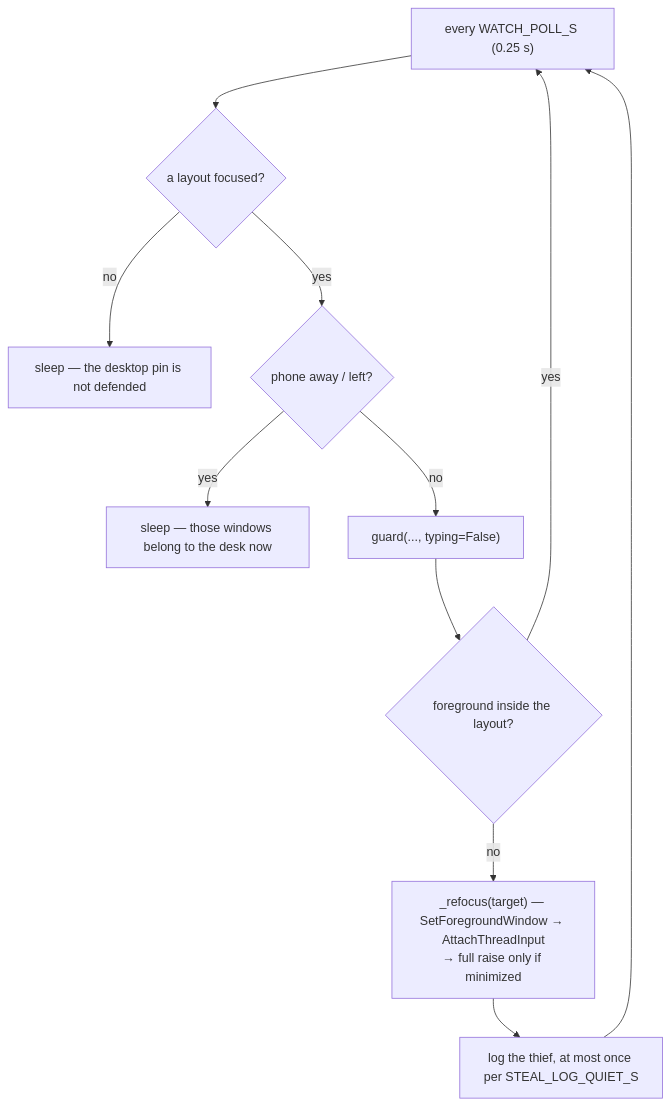
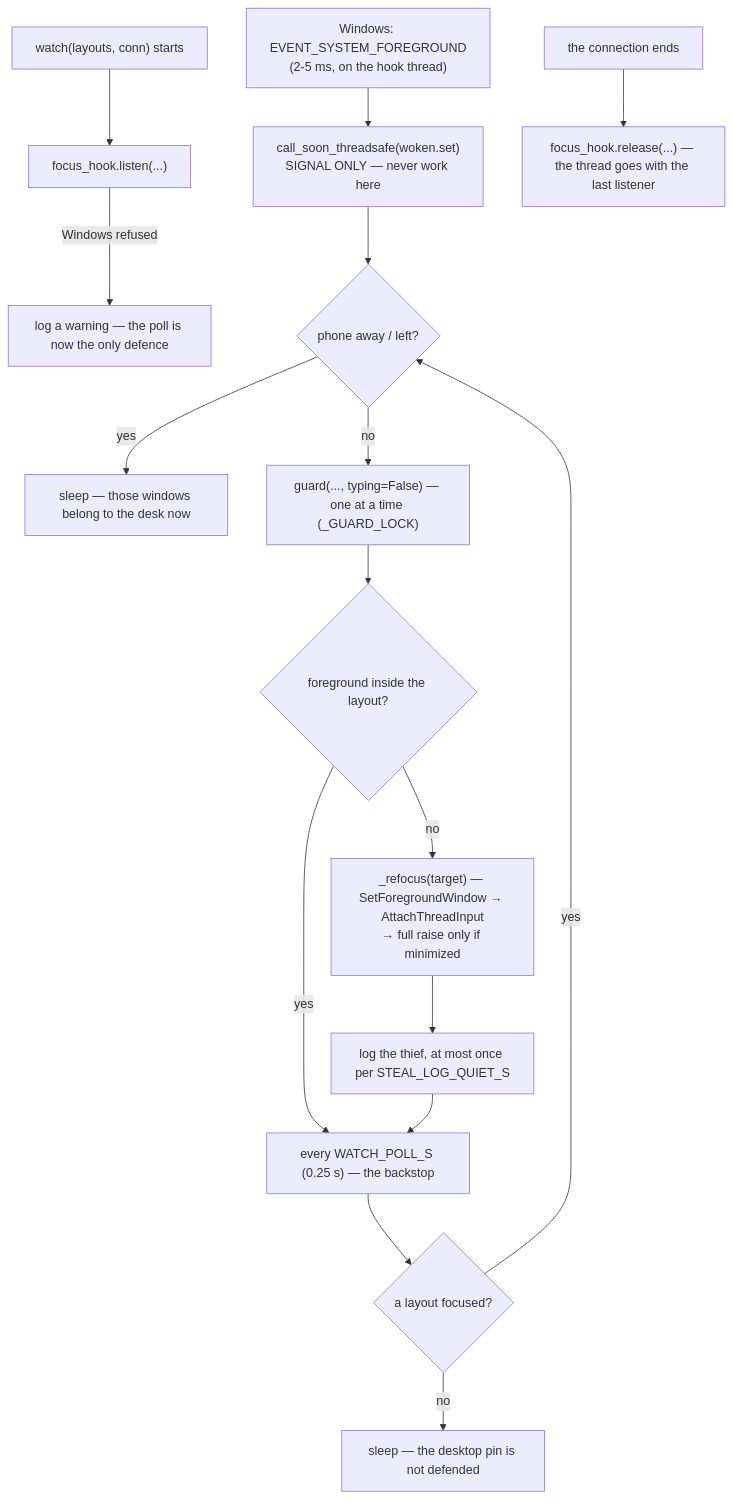
The fifth of 5 diagrams in server/__flow/focus_guard.md (UVuruna/Remote-User), drawn with Mermaid before and after one commit. The commit also changed other lines of this file and 13 other files, not shown here.

First line of the commit message:
0.0.305 The guard runs between every character, and the phone is told what never arrived

````diff
--- a/server/__flow/focus_guard.md
+++ b/server/__flow/focus_guard.md
@@ -75,13 +107,18 @@
 ```mermaid
 flowchart TB
-    A["every WATCH_POLL_S (0.25 s)"] --> B{"a layout focused?"}
+    W["watch(layouts, conn) starts"] --> W1["focus_hook.listen(...)"]
+    W1 -- "Windows refused" --> W2["log a warning — the poll is now the only defence"]
+    H["Windows: EVENT_SYSTEM_FOREGROUND<br/>(2-5 ms, on the hook thread)"] --> H1["call_soon_threadsafe(woken.set)<br/>SIGNAL ONLY — never work here"]
+    H1 --> C
+    A["every WATCH_POLL_S (0.25 s) — the backstop"] --> B{"a layout focused?"}
     B -- no --> A2["sleep — the desktop pin is not defended"]
     B -- yes --> C{"phone away / left?"}
     C -- yes --> D["sleep — those windows belong to the desk now"]
-    C -- no --> E["guard(..., typing=False)"]
+    C -- no --> E["guard(..., typing=False) — one at a time (_GUARD_LOCK)"]
     E --> F{"foreground inside the layout?"}
     F -- yes --> A
     F -- no --> G["_refocus(target) — SetForegroundWindow → AttachThreadInput<br/>→ full raise only if minimized"]
-    G --> H["log the thief, at most once per STEAL_LOG_QUIET_S"]
-    H --> A
+    G --> I["log the thief, at most once per STEAL_LOG_QUIET_S"]
+    I --> A
+    X["the connection ends"] --> Y["focus_hook.release(...) — the thread goes with the last listener"]
 ```
````
